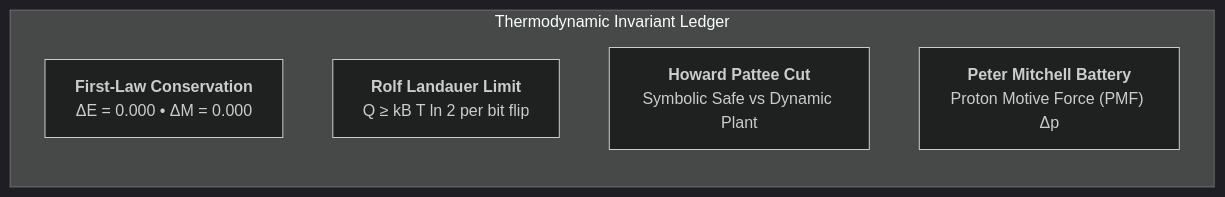
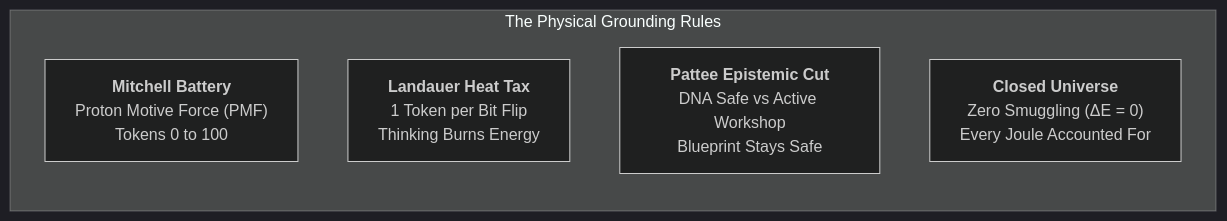
One commit to ianohlander/Siliquarium changed the fourth of 6 diagrams in docs/REALITY_TO_SIMULATION_TRANSLATION_MATRIX.md. Above: the diagram before and after it, drawn with Mermaid (dark theme). The commit also changed other lines of this file and 1 other file, not shown here.

Commit message:
docs: redesign translation matrix with plain-English tri-domain structure, syntax-error-free diagrams, and clear examples

````diff
--- a/docs/REALITY_TO_SIMULATION_TRANSLATION_MATRIX.md
+++ b/docs/REALITY_TO_SIMULATION_TRANSLATION_MATRIX.md
@@ -138,10 +213,9 @@
 ```mermaid
 flowchart LR
-    subgraph ThermoInvariants["Thermodynamic Invariant Ledger"]
-        direction TB
-        T1["<b>First-Law Conservation</b><br/>ΔE = 0.000 • ΔM = 0.000"]
-        T2["<b>Rolf Landauer Limit</b><br/>Q ≥ kB T ln 2 per bit flip"]
-        T3["<b>Howard Pattee Cut</b><br/>Symbolic Safe vs Dynamic Plant"]
-        T4["<b>Peter Mitchell Battery</b><br/>Proton Motive Force (PMF) Δp"]
+    subgraph RulesOfLife["The Physical Grounding Rules"]
+        R1["<b>Mitchell Battery</b><br/>Proton Motive Force (PMF)<br/>Tokens 0 to 100"]
+        R2["<b>Landauer Heat Tax</b><br/>1 Token per Bit Flip<br/>Thinking Burns Energy"]
+        R3["<b>Pattee Epistemic Cut</b><br/>DNA Safe vs Active Workshop<br/>Blueprint Stays Safe"]
+        R4["<b>Closed Universe</b><br/>Zero Smuggling (ΔE = 0)<br/>Every Joule Accounted For"]
     end
 ```
````
